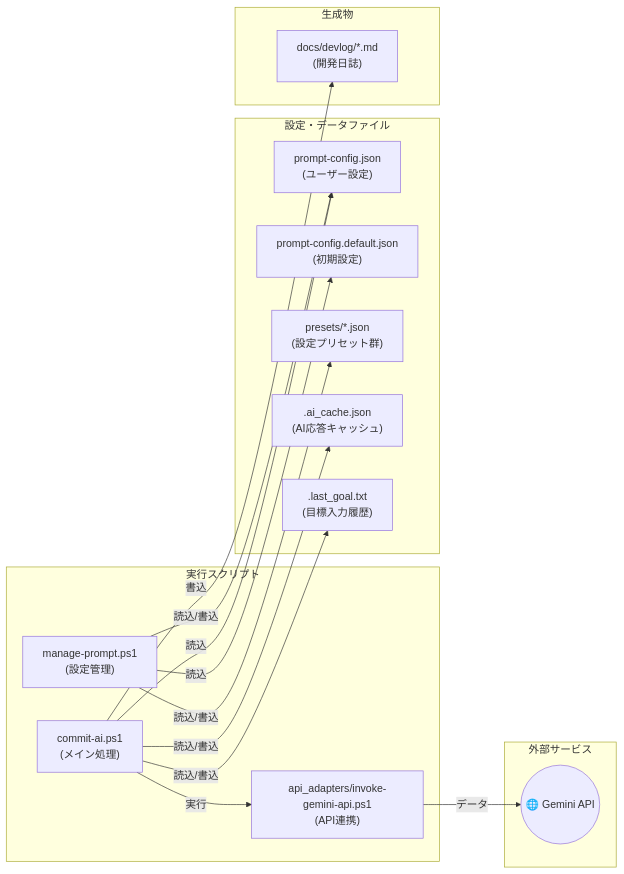
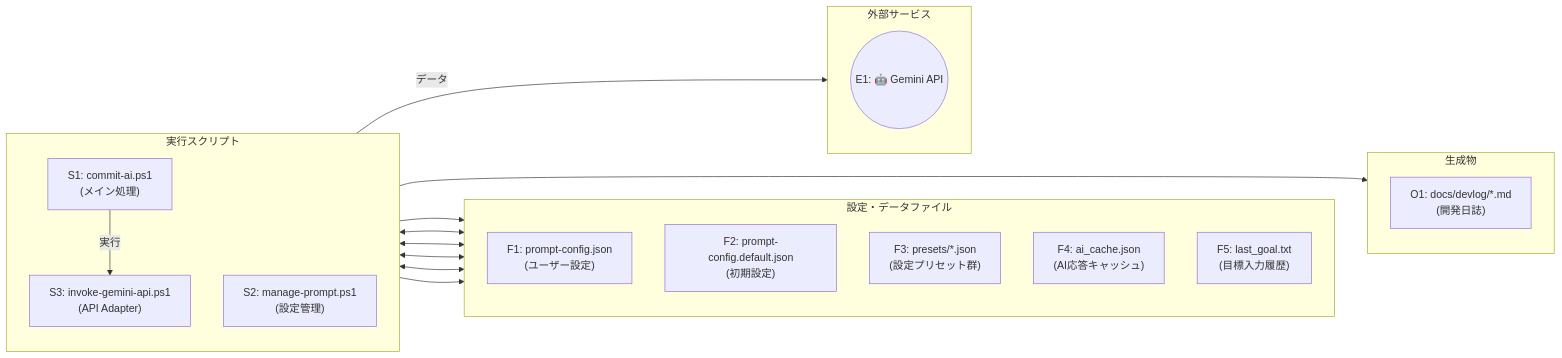
Before and after one commit to Siegenom/ai-commit-sandbox-: the second of 3 diagrams in docs/manual/Working-flowchart.md, drawn with Mermaid. The commit also changed other lines of this file and 6 other files, not shown here.

````diff
--- a/docs/manual/Working-flowchart.md
+++ b/docs/manual/Working-flowchart.md
@@ -76,51 +79,63 @@
 ```mermaid
 graph LR
-    subgraph "実行スクリプト"
-        S1["commit-ai.ps1<br>(メイン処理)"];
-        S2["manage-prompt.ps1<br>(設定管理)"];
-        S3["api_adapters/invoke-gemini-api.ps1<br>(API連携)"];
+    subgraph "生成物"
+        direction TB
+        O1["O1: docs/devlog/*.md<br>(開発日誌)"];
     end
 
     subgraph "設定・データファイル"
-        F1["prompt-config.json<br>(ユーザー設定)"];
-        F2["prompt-config.default.json<br>(初期設定)"];
-        F3["presets/*.json<br>(設定プリセット群)"];
-        F4[".ai_cache.json<br>(AI応答キャッシュ)"];
-        F5[".last_goal.txt<br>(目標入力履歴)"];
+        direction TB
+        F1["F1: prompt-config.json<br>(ユーザー設定)"];
+        F2["F2: prompt-config.default.json<br>(初期設定)"];
+        F3["F3: presets/*.json<br>(設定プリセット群)"];
+        F4["F4: ai_cache.json<br>(AI応答キャッシュ)"];
+        F5["F5: last_goal.txt<br>(目標入力履歴)"];
     end
     
-    subgraph "生成物"
-        O1["docs/devlog/*.md<br>(開発日誌)"];
+    subgraph "実行スクリプト"
+        direction TB
+        S1["S1: commit-ai.ps1<br>(メイン処理)"];
+        S2["S2: manage-prompt.ps1<br>(設定管理)"];
+        S3["S3: invoke-gemini-api.ps1<br>(API Adapter)"];
     end
 
     subgraph "外部サービス"
-        E1(("🌐 Gemini API"));
+        direction TB
+        E1(("E1: 🤖 Gemini API"));
     end
 
-    %% manage-prompt.ps1 の関連
-    S2 -- "読込/書込" --> F1;
-    S2 -- "読込" --> F2;
-    S2 -- "読込/書込" --> F3;
+    F1 ~~~ O1;
+    S3 ~~~ F1
 
-    %% commit-ai.ps1 の関連
-    S1 -- "読込" --> F1;
-    S1 -- "読込/書込" --> F4;
-    S1 -- "読込/書込" --> F5;
+%% linkStyle 2 stroke:#0000FF,stroke-width:2px 
+%% linkStyle 3 stroke:#000FF,stroke-width:2px
+%% linkStyle 4 stroke:#F000FF,stroke-width:2px
+
+    S1 --> F1; 
+    S1<--> F4;
+    S1<--> F5;
     S1 -- "実行" --> S3;
-    S1 -- "書込" --> O1;
+    S1 --> O1;
 
-    %% invoke-gemini-api.ps1 の関連
+
+    S2 <--> F3; 
+    S2 <--> F1; 
+    S2 --> F2; 
+
+%%    S2 -- "(読込/書込)" --> F1; 
+
+
     S3 -- "データ" --> E1;
 
     classDef userAction fill:#fff2cc,stroke:#333,stroke-width:2px,color:#333;
     classDef scriptAction fill:#e6f0ff,stroke:#333,stroke-width:1px,color:#333;
     classDef fileIO fill:#e6ffe6,stroke:#333,stroke-width:1px,color:#333;
     classDef decision fill:#ffebf0,stroke:#333,stroke-width:1px,color:#333;
     classDef api fill:#f0e6ff,stroke:#333,stroke-width:2px,color:#333;
 
     class A,V userAction;
     class B,K,W,T decision;
     class C,D,E,F,G,H,I,M,O,P,S,U,X,Y,Z scriptAction;
     class J,L,N,R fileIO;
     class Q api;
 ```
````
